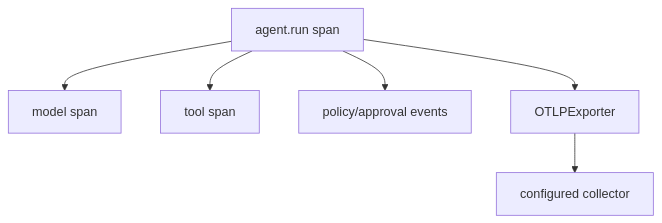
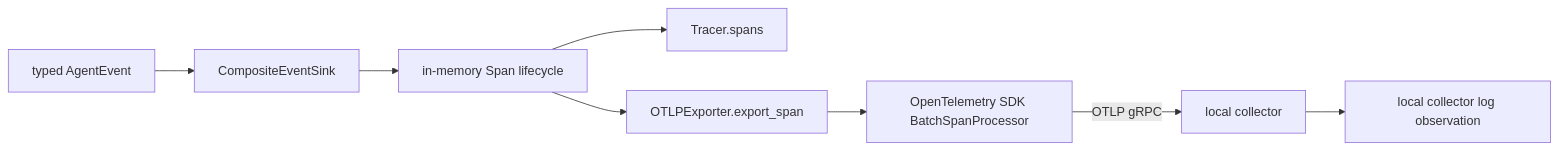
The first of 3 diagrams in docs/course/concepts/tracing-opentelemetry.md (levalencia/archon), drawn with Mermaid before and after one commit. The commit also changed other lines of this file and 8 other files, not shown here.

````diff
--- a/docs/course/concepts/tracing-opentelemetry.md
+++ b/docs/course/concepts/tracing-opentelemetry.md
@@ -12,8 +39,10 @@
 ```mermaid
-flowchart TD
-  R[agent.run span] --> M[model span]
-  R --> T[tool span]
-  R --> P[policy/approval events]
-  R --> X[OTLPExporter]
-  X --> C[configured collector]
+flowchart LR
+    E[typed AgentEvent] --> S[CompositeEventSink]
+    S --> I[in-memory Span lifecycle]
+    I --> T[Tracer.spans]
+    I --> X[OTLPExporter.export_span]
+    X --> SDK[OpenTelemetry SDK BatchSpanProcessor]
+    SDK -->|OTLP gRPC| C[local collector]
+    C --> L[local collector log observation]
 ```
````
